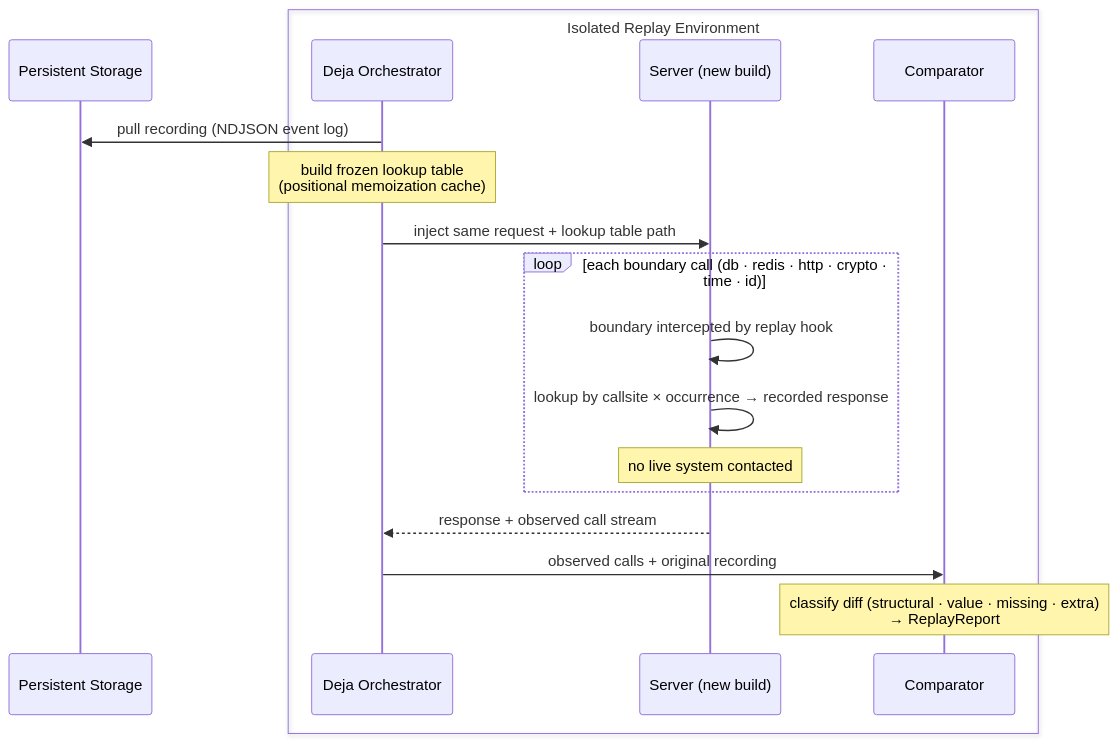
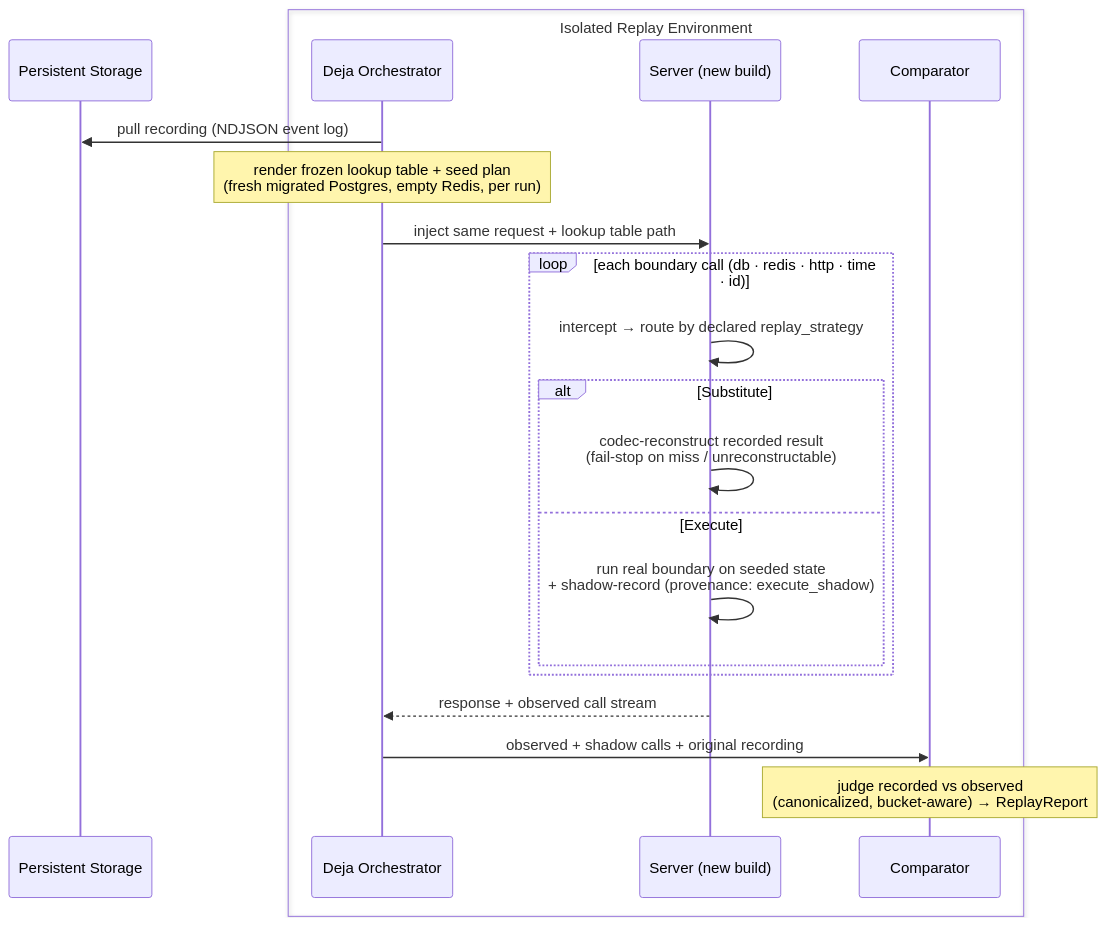
Before and after one commit to juspay/deja: the third of 3 diagrams in docs/DEJA_ARCHITECTURE.md, drawn with Mermaid. The commit also changed other lines of this file and 71 other files, not shown here.

First line of the commit message:
feat(replay-sandbox): per-run sandbox with file-based replay, router chart, and raw secret management

````diff
--- a/docs/DEJA_ARCHITECTURE.md
+++ b/docs/DEJA_ARCHITECTURE.md
@@ -274,22 +283,25 @@
 ```mermaid
 sequenceDiagram
     participant ST as Persistent Storage
 
     box Isolated Replay Environment
         participant ORC as Deja Orchestrator
         participant RS as Server (new build)
         participant CMP as Comparator
     end
 
     ORC->>ST: pull recording (NDJSON event log)
-    Note over ORC: build frozen lookup table<br/>(positional memoization cache)
+    Note over ORC: render frozen lookup table + seed plan<br/>(fresh migrated Postgres, empty Redis, per run)
     ORC->>RS: inject same request + lookup table path
-    loop each boundary call (db · redis · http · crypto · time · id)
-        RS->>RS: boundary intercepted by replay hook
-        RS->>RS: lookup by callsite × occurrence → recorded response
-        Note over RS: no live system contacted
+    loop each boundary call (db · redis · http · time · id)
+        RS->>RS: intercept → route by declared replay_strategy
+        alt Substitute
+            RS->>RS: codec-reconstruct recorded result<br/>(fail-stop on miss / unreconstructable)
+        else Execute
+            RS->>RS: run real boundary on seeded state<br/>+ shadow-record (provenance: execute_shadow)
+        end
     end
     RS-->>ORC: response + observed call stream
-    ORC->>CMP: observed calls + original recording
-    Note over CMP: classify diff (structural · value · missing · extra)<br/>→ ReplayReport
+    ORC->>CMP: observed + shadow calls + original recording
+    Note over CMP: judge recorded vs observed<br/>(canonicalized, bucket-aware) → ReplayReport
 ```
````
